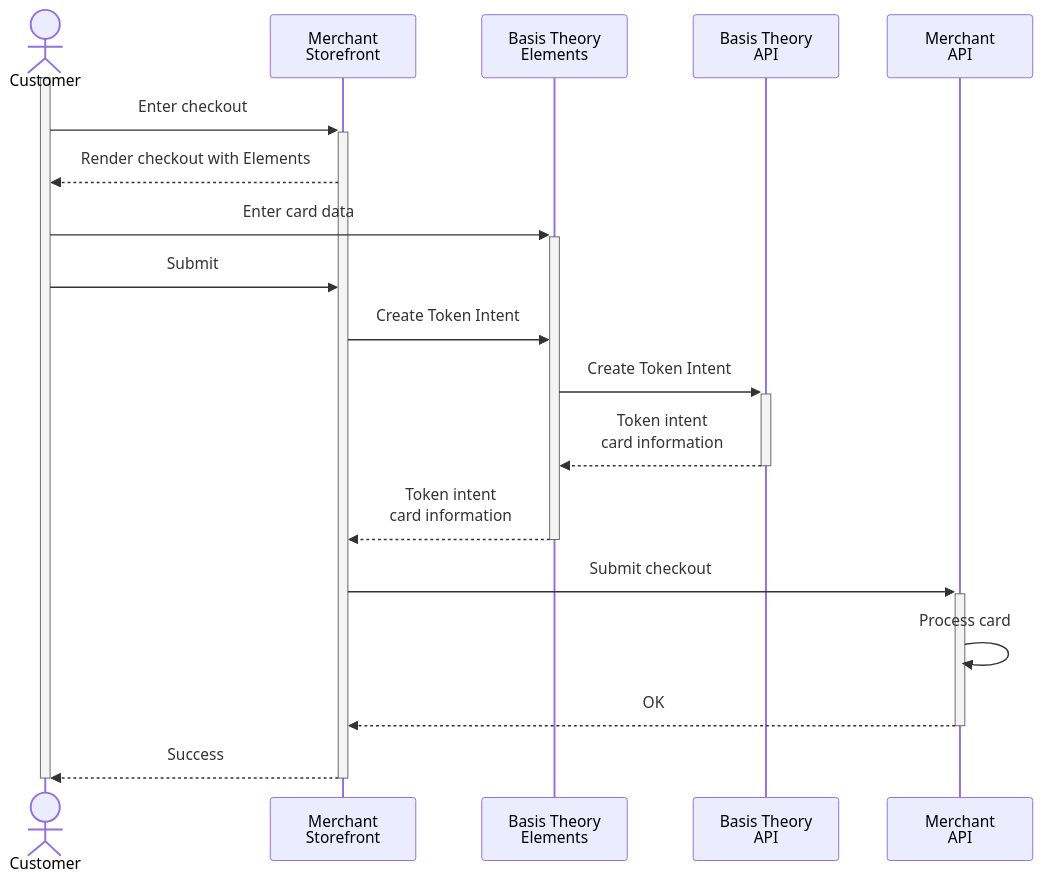
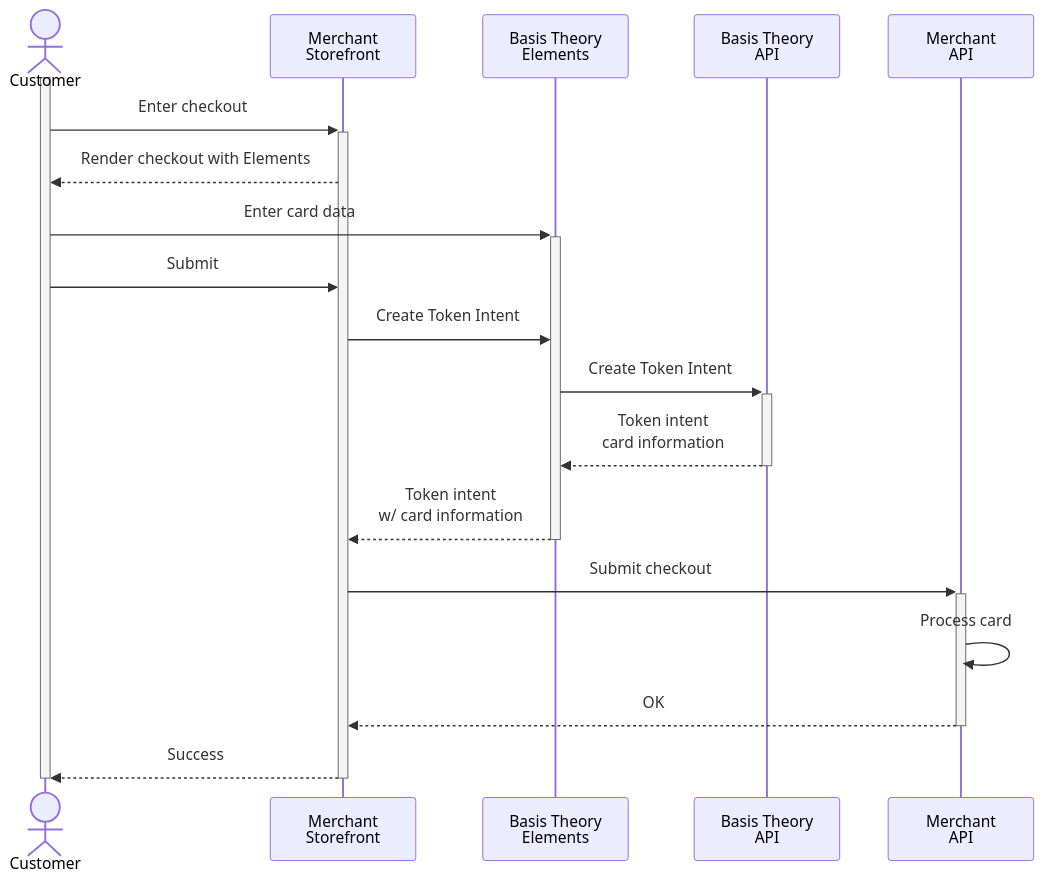
One commit to Basis-Theory/developers.basistheory.com changed the diagram in docs/card-payments/replace-processor-iframes.mdx. Above: the diagram before and after it, drawn with Mermaid. The commit also changed other lines of this file and 1 other file, not shown here.

````diff
--- a/docs/card-payments/replace-processor-iframes.mdx
+++ b/docs/card-payments/replace-processor-iframes.mdx
@@ -23,23 +23,23 @@
 ```mermaid
   sequenceDiagram
     actor customer as Customer
     participant storefront as Merchant<br>Storefront
     participant bte as Basis Theory<br>Elements
     participant bapi as Basis Theory<br>API
     participant mapi as Merchant<br>API
 
     activate customer
     customer ->>+ storefront: Enter checkout
     storefront -->> customer: Render checkout with Elements
     customer ->>+ bte: Enter card data
     customer ->> storefront: Submit
     storefront ->> bte: Create Token Intent
     bte ->>+ bapi: Create Token Intent
     bapi -->>- bte:  Token intent<br>card information
-    bte -->>- storefront: Token intent<br>card information
+    bte -->>- storefront: Token intent<br>w/ card information
     storefront ->>+ mapi: Submit checkout
     mapi ->> mapi: Process card
     mapi -->>- storefront: OK
     storefront -->>- customer: Success
     deactivate customer
 ```
````
